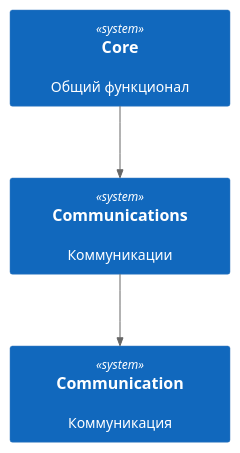
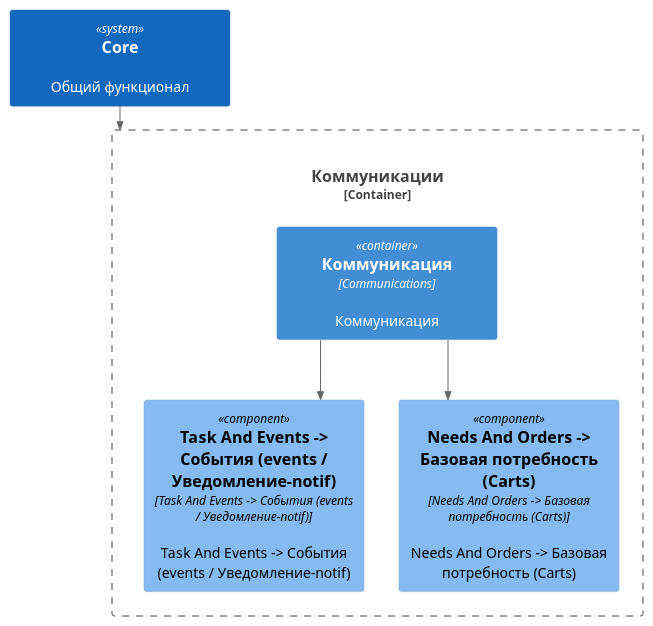
Before and after one commit to lulya31/some: the diagram in static/05_01_04_img/communications.puml, drawn with PlantUML. The commit also changed other lines of this file and 5 other files, not shown here.

```diff
--- a/static/05_01_04_img/communications.puml
+++ b/static/05_01_04_img/communications.puml
@@ -4,21 +4,32 @@
 @startuml
 
 '!include https://raw.githubusercontent.com/plantuml-stdlib/C4-PlantUML/master/C4_Context.puml
 
 !include static/includes/c4_context.puml
 !include static/includes/c4_container.puml
+!include static/includes/c4_component.puml
 
 'skinparam svgLinkTarget _blank
 skinparam backgroundcolor transparent
 skinparam minClassWidth 200
+skinparam linetype ortho
 
 LAYOUT_TOP_DOWN()
 
 System(core, "Core", "Общий функционал", $link="/05_c4/01_core/")
-System(communications, "Сommunications", "Коммуникации")
-System(communication, "Сommunication", "Коммуникация", $link="/05_c4/01_core/04_communications/01_communication/")
+'System(communications, "Сommunications", "Коммуникации")
+
+
+Container_Boundary(communications, "Коммуникации") {
+
+    Container(communication, "Коммуникация", "Сommunications", "Коммуникация")
+    Component(events, "Task And Events -> События (events / Уведомление-notif)", "Task And Events -> События (events / Уведомление-notif)", "Task And Events -> События (events / Уведомление-notif)", $link="/05_c4/01_core/05_tasks_and_events/02_events/")
+    Component(needs, "Needs And Orders -> Базовая потребность (Carts)", "Needs And Orders -> Базовая потребность (Carts)", "Needs And Orders -> Базовая потребность (Carts)", $link="/05_c4/01_core/03_needs_and_orders/02_needs/")
+
+    Rel_D(communication, events, "")
+    Rel_D(communication, needs, "")
+}
 
 Rel_D(core, communications, "")
-Rel_D(communications, communication, "")
 
 @enduml
```
